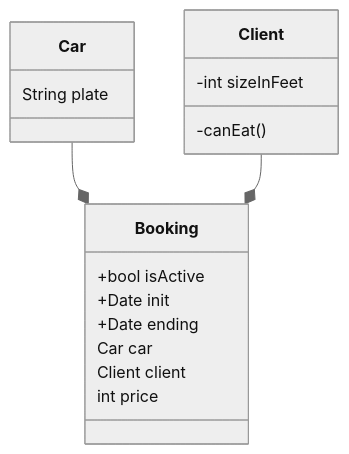
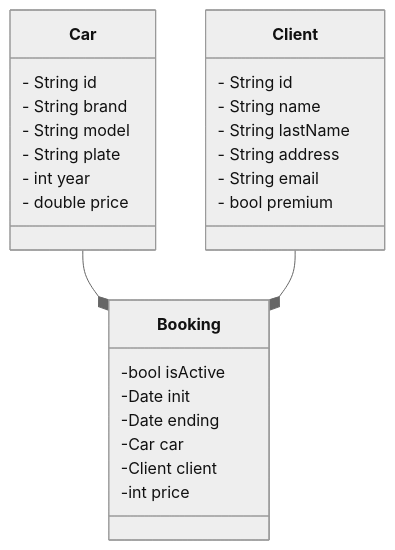
Before and after one commit to AlbertProfe/rentingCarTest: the diagram in docs/rentingCarv1.0.md, drawn with Mermaid (neutral theme). The commit also changed other lines of this file, not shown here.

Commit message:
docs: v1.1 uml

````diff
--- a/docs/rentingCarv1.0.md
+++ b/docs/rentingCarv1.0.md
@@ -46,23 +52,32 @@
 ```mermaid
 classDiagram
-   
+
     class Car{
-      String plate
+      - String id
+      - String brand
+      - String model
+      - String plate
+      - int year
+      - double price
     }
     class Client{
-      -int sizeInFeet
-      -canEat()
+      - String id
+      - String name
+      - String lastName
+      - String address
+      - String email
+      - bool premium
     }
     class Booking{
-      +bool isActive
-      +Date init
-      +Date ending
-      Car car
-      Client client
-      int price
-      
+      -bool isActive
+      -Date init
+      -Date ending
+      -Car car
+      -Client client
+      -int price
+
     }
 
     Car --* Booking
     Client --* Booking
 ```
````
